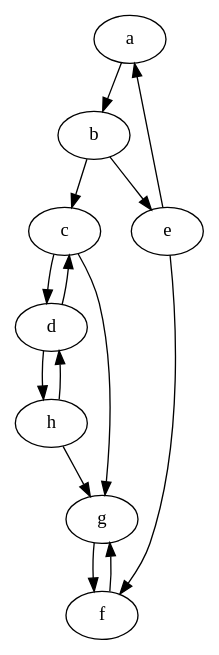
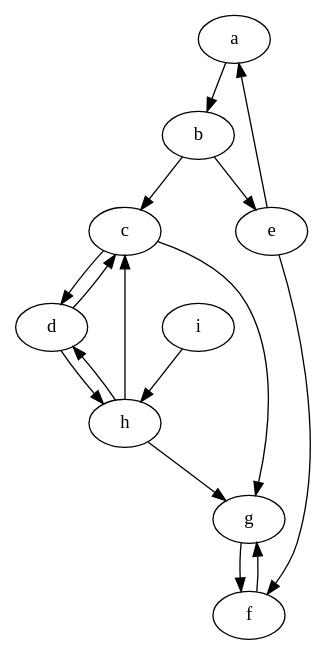
One commit to Luan-MB/grafos-graphviz changed the diagram in t2/exemplos/exemplo.dot. Above: the diagram before and after it, drawn with Graphviz. The commit also changed 5 other files, not shown here.

```diff
--- a/t2/exemplos/exemplo.dot
+++ b/t2/exemplos/exemplo.dot
@@ -1,12 +1,23 @@
 digraph g {
+    a;
+    b;
+    c;
+    d;
+    e;
+    f;
+    g;
+    h;
+    i;
     a -> b -> c -> d;
     d -> c;
     e -> a;
     b -> e;
     e -> f -> g;
     c -> g;
     d -> h;
     h -> d;
     h -> g;
     g -> f;
+    h -> c;
+    i -> h;
 }
```
